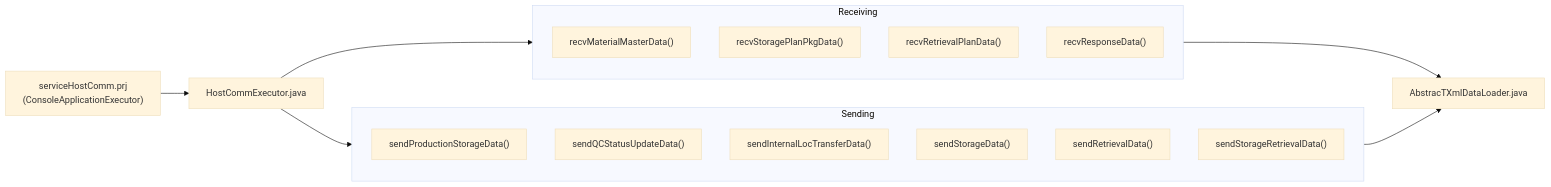
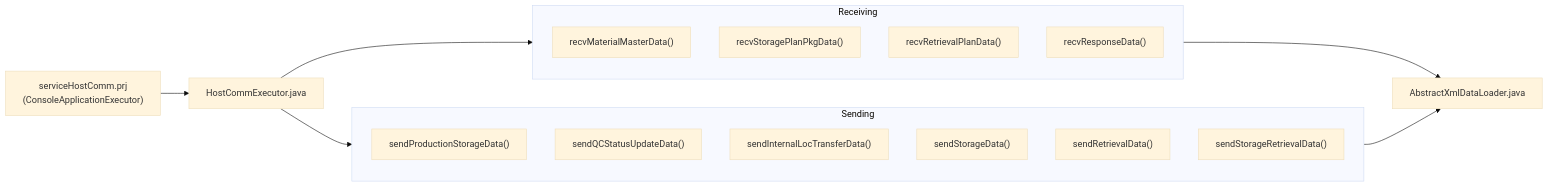
The diagram in Basic-Design/Host-Interfaces.md (luthfiadityaa/SimeDarby-Wiki), drawn with Mermaid (base theme) before and after one commit.

Commit message:
Updated Host Interfaces

```diff
--- a/Basic-Design/Host-Interfaces.md
+++ b/Basic-Design/Host-Interfaces.md
@@ -32,26 +32,26 @@
 ::: mermaid
 flowchart LR
  C1["serviceHostComm.prj<br>(ConsoleApplicationExecutor)"]  
  C2["HostCommExecutor.java"]
- C13["AbstracTXmlDataLoader.java"]
+ C13["AbstractXmlDataLoader.java"]
  C1 --> C2
  C2 --> Receiving --> C13
  C2 --> Sending --> C13
 
 
 subgraph Receiving
  C3["recvMaterialMasterData()"]
  C4["recvStoragePlanPkgData()"]
  C5["recvRetrievalPlanData()"]
  C6["recvResponseData()"]
 end
 
 subgraph Sending
  C7["sendProductionStorageData()"]
  C8["sendQCStatusUpdateData()"]
  C9["sendInternalLocTransferData()"]
  C10["sendStorageData()"]
  C11["sendRetrievalData()"]
  C12["sendStorageRetrievalData()"]
 end
 :::
```
